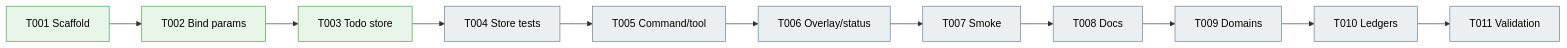
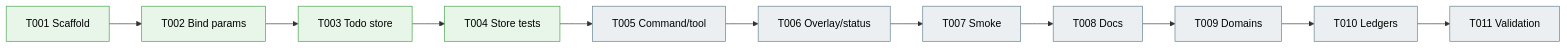
One commit to vaughanknight/pij changed the third of 3 diagrams in docs/plans/010-sql-backed-todo-extension/sql-backed-todo-extension.fltplan.md. Above: the diagram before and after it, drawn with Mermaid. The commit also changed other lines of this file and 3 other files, not shown here.

Commit message:
test: cover sql-backed todo store

````diff
--- a/docs/plans/010-sql-backed-todo-extension/sql-backed-todo-extension.fltplan.md
+++ b/docs/plans/010-sql-backed-todo-extension/sql-backed-todo-extension.fltplan.md
@@ -128,9 +128,9 @@
 ```mermaid
 flowchart LR
     classDef pending fill:#ECEFF1,stroke:#607D8B,color:#000
     classDef active fill:#FFF3E0,stroke:#FB8C00,color:#000
     classDef done fill:#E8F5E9,stroke:#43A047,color:#000
     classDef blocked fill:#FFEBEE,stroke:#E53935,color:#000
 
-    S001[T001 Scaffold]:::done --> S002[T002 Bind params]:::done --> S003[T003 Todo store]:::done --> S004[T004 Store tests]:::pending --> S005[T005 Command/tool]:::pending --> S006[T006 Overlay/status]:::pending --> S007[T007 Smoke]:::pending --> S008[T008 Docs]:::pending --> S009[T009 Domains]:::pending --> S010[T010 Ledgers]:::pending --> S011[T011 Validation]:::pending
+    S001[T001 Scaffold]:::done --> S002[T002 Bind params]:::done --> S003[T003 Todo store]:::done --> S004[T004 Store tests]:::done --> S005[T005 Command/tool]:::pending --> S006[T006 Overlay/status]:::pending --> S007[T007 Smoke]:::pending --> S008[T008 Docs]:::pending --> S009[T009 Domains]:::pending --> S010[T010 Ledgers]:::pending --> S011[T011 Validation]:::pending
 ```
````
